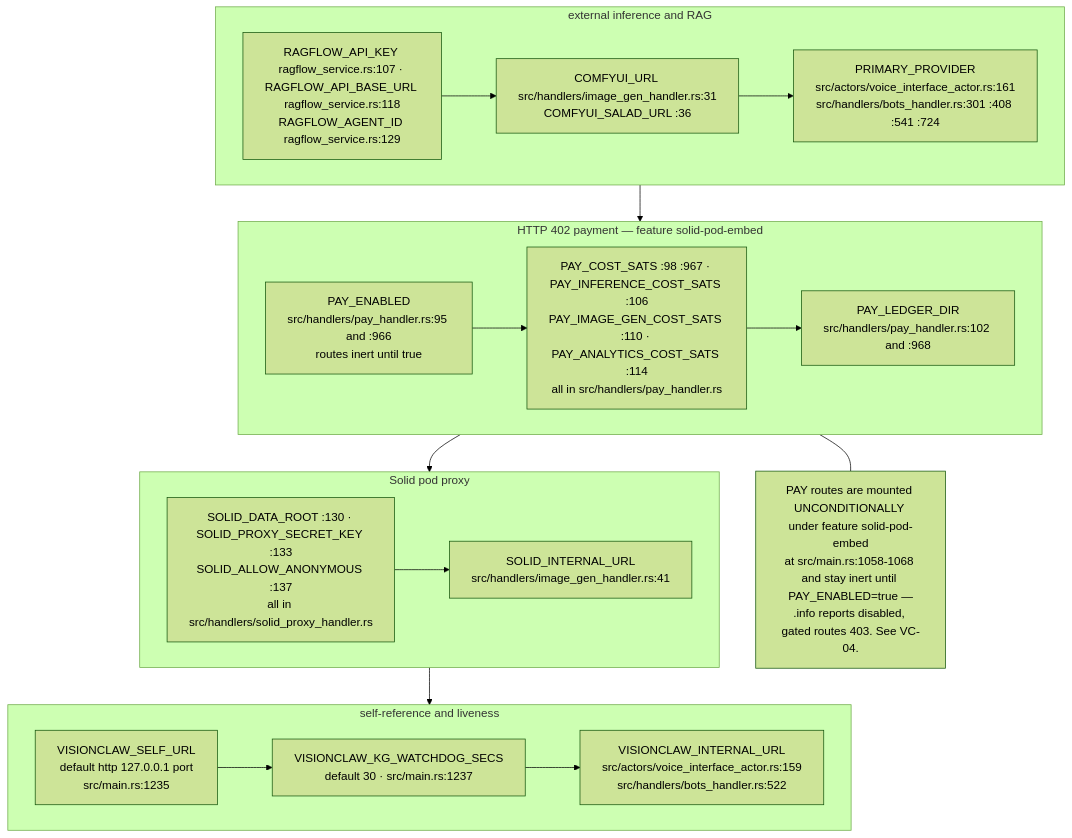
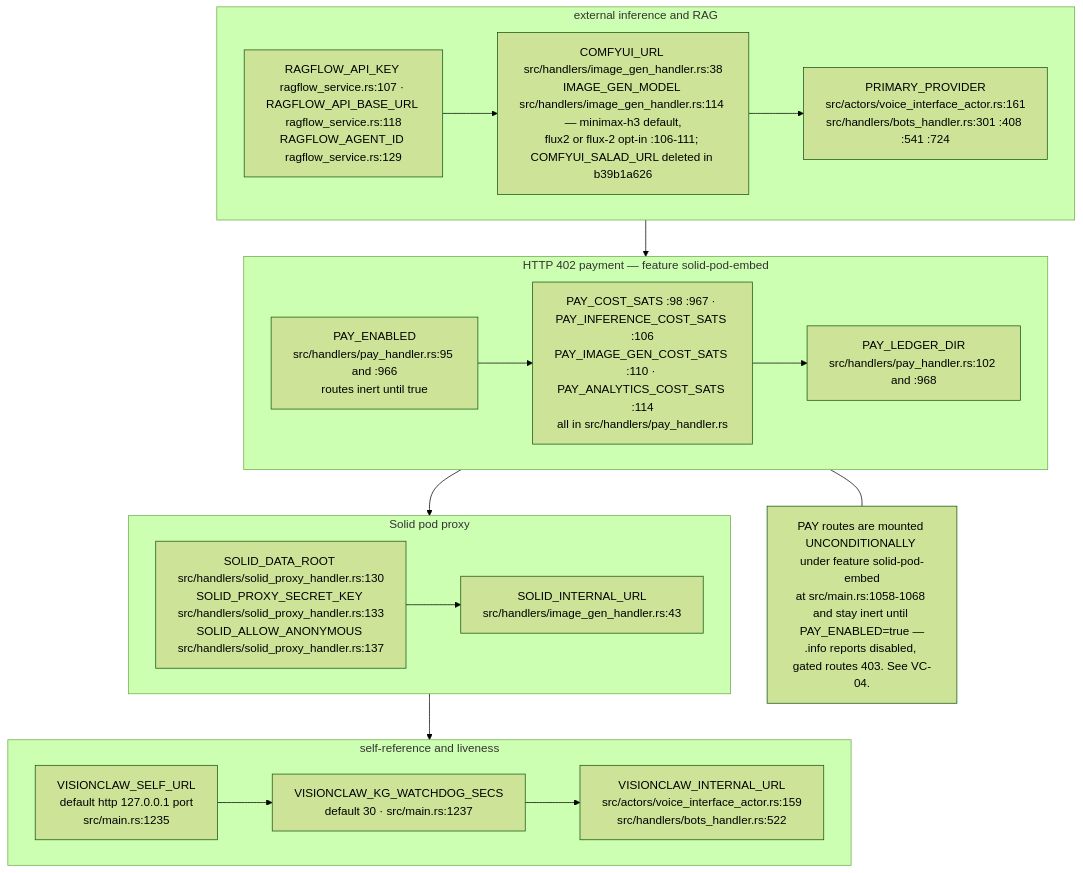
Before and after one commit to DreamLab-AI/VisionFlow: diagram 13 of 15 in docs/diagrams/visionclaw/09-config-and-env-flags.md, drawn with Mermaid (forest theme). The commit also changed other lines of this file and 94 other files, not shown here.

First line of the commit message:
docs(diagrams): re-verify 130 topics against 2 October HEADs

````diff
--- a/docs/diagrams/visionclaw/09-config-and-env-flags.md
+++ b/docs/diagrams/visionclaw/09-config-and-env-flags.md
@@ -491,18 +491,18 @@
 ```mermaid
 flowchart TB
     subgraph EXT["external inference and RAG"]
-        X1["RAGFLOW_API_KEY ragflow_service.rs:107 · RAGFLOW_API_BASE_URL ragflow_service.rs:118<br/>RAGFLOW_AGENT_ID ragflow_service.rs:129"] --> X2["COMFYUI_URL src/handlers/image_gen_handler.rs:31<br/>COMFYUI_SALAD_URL :36"] --> X3["PRIMARY_PROVIDER<br/>src/actors/voice_interface_actor.rs:161<br/>src/handlers/bots_handler.rs:301 :408 :541 :724"]
+        X1["RAGFLOW_API_KEY ragflow_service.rs:107 · RAGFLOW_API_BASE_URL ragflow_service.rs:118<br/>RAGFLOW_AGENT_ID ragflow_service.rs:129"] --> X2["COMFYUI_URL src/handlers/image_gen_handler.rs:38<br/>IMAGE_GEN_MODEL src/handlers/image_gen_handler.rs:114 — minimax-h3 default,<br/>flux2 or flux-2 opt-in :106-111; COMFYUI_SALAD_URL deleted in b39b1a626"] --> X3["PRIMARY_PROVIDER<br/>src/actors/voice_interface_actor.rs:161<br/>src/handlers/bots_handler.rs:301 :408 :541 :724"]
     end
     subgraph PAY["HTTP 402 payment — feature solid-pod-embed"]
         P1["PAY_ENABLED<br/>src/handlers/pay_handler.rs:95 and :966<br/>routes inert until true"] --> P2["PAY_COST_SATS :98 :967 · PAY_INFERENCE_COST_SATS :106<br/>PAY_IMAGE_GEN_COST_SATS :110 · PAY_ANALYTICS_COST_SATS :114<br/>all in src/handlers/pay_handler.rs"] --> P3["PAY_LEDGER_DIR<br/>src/handlers/pay_handler.rs:102 and :968"]
     end
     subgraph SOLID["Solid pod proxy"]
-        O1["SOLID_DATA_ROOT :130 · SOLID_PROXY_SECRET_KEY :133<br/>SOLID_ALLOW_ANONYMOUS :137<br/>all in src/handlers/solid_proxy_handler.rs"] --> O2["SOLID_INTERNAL_URL<br/>src/handlers/image_gen_handler.rs:41"]
+        O1["SOLID_DATA_ROOT src/handlers/solid_proxy_handler.rs:130<br/>SOLID_PROXY_SECRET_KEY src/handlers/solid_proxy_handler.rs:133<br/>SOLID_ALLOW_ANONYMOUS src/handlers/solid_proxy_handler.rs:137"] --> O2["SOLID_INTERNAL_URL<br/>src/handlers/image_gen_handler.rs:43"]
     end
     subgraph SELF["self-reference and liveness"]
         F1["VISIONCLAW_SELF_URL<br/>default http 127.0.0.1 port<br/>src/main.rs:1235"] --> F2["VISIONCLAW_KG_WATCHDOG_SECS<br/>default 30 · src/main.rs:1237"] --> F3["VISIONCLAW_INTERNAL_URL<br/>src/actors/voice_interface_actor.rs:159<br/>src/handlers/bots_handler.rs:522"]
     end
     EXT --> PAY --> SOLID --> SELF
     N5["PAY routes are mounted UNCONDITIONALLY under feature solid-pod-embed<br/>at src/main.rs:1058-1068 and stay inert until PAY_ENABLED=true —<br/>.info reports disabled, gated routes 403. See VC-04."]
     PAY --- N5
 ```
````
